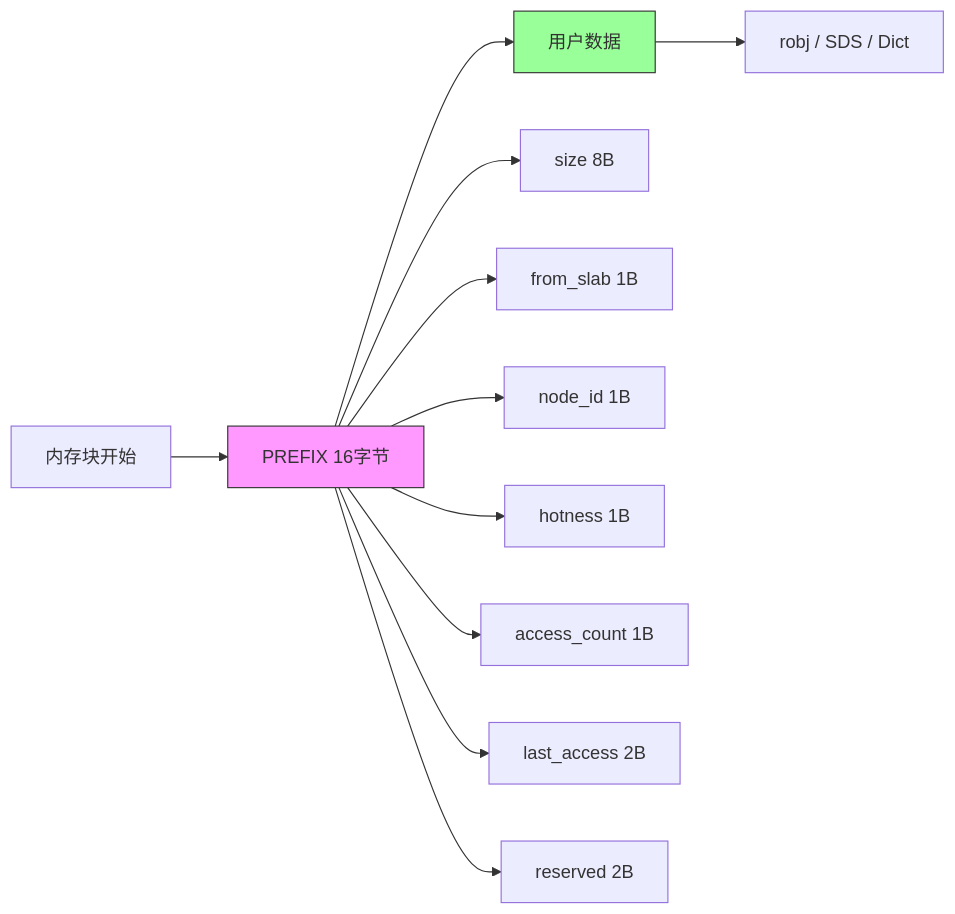
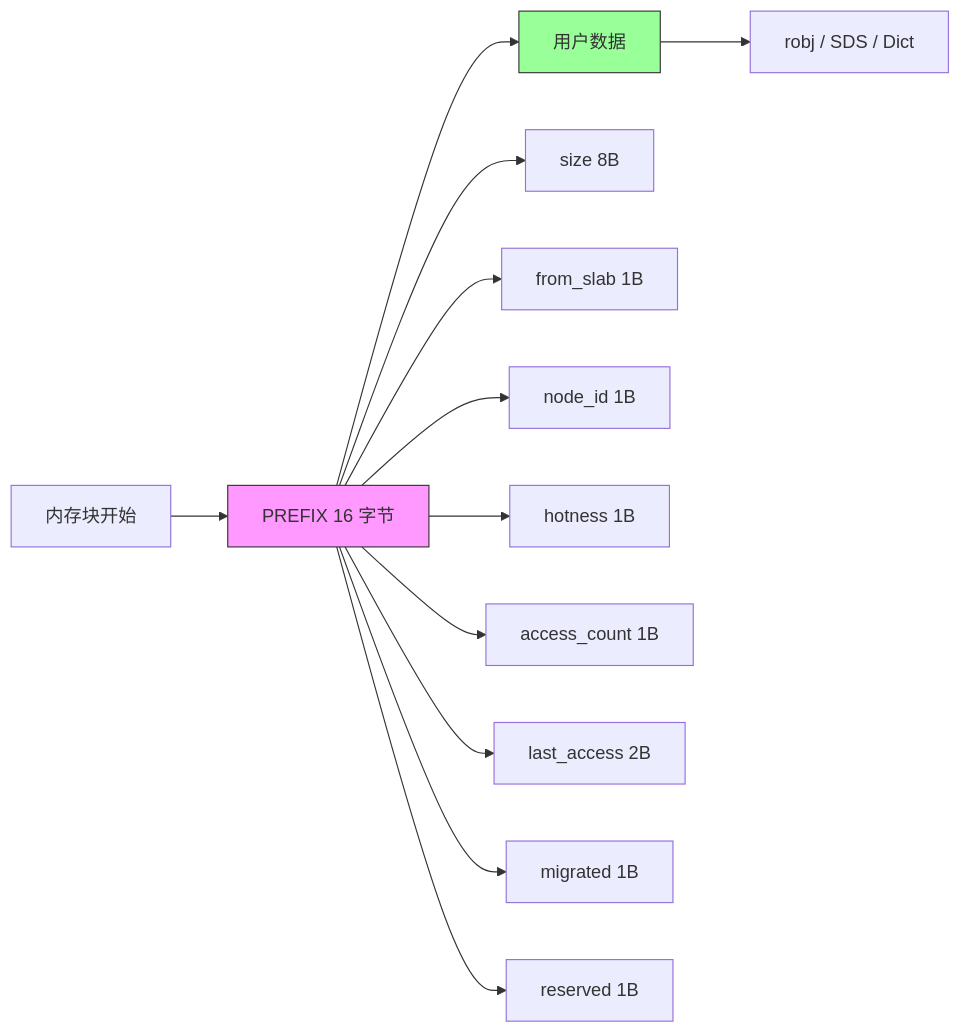
One commit to xDJTomato/Redis-NUMA changed the diagram in docs/new/03-zmalloc-numa.md. Above: the diagram before and after it, drawn with Mermaid. The commit also changed other lines of this file and 24 other files, not shown here.

````diff
--- a/docs/new/03-zmalloc-numa.md
+++ b/docs/new/03-zmalloc-numa.md
@@ -30,18 +31,19 @@
 ```mermaid
 graph LR
-    A[内存块开始] --> B[PREFIX 16字节]
+    A[内存块开始] --> B[PREFIX 16 字节]
     B --> C[用户数据]
 
     B --> B1[size 8B]
     B --> B2[from_slab 1B]
     B --> B3[node_id 1B]
     B --> B4[hotness 1B]
     B --> B5[access_count 1B]
     B --> B6[last_access 2B]
-    B --> B7[reserved 2B]
+    B --> B7[migrated 1B]
+    B --> B8[reserved 1B]
 
     C --> D[robj / SDS / Dict]
 
     style B fill:#f9f,stroke:#333
     style C fill:#9f9,stroke:#333
 ```
````
